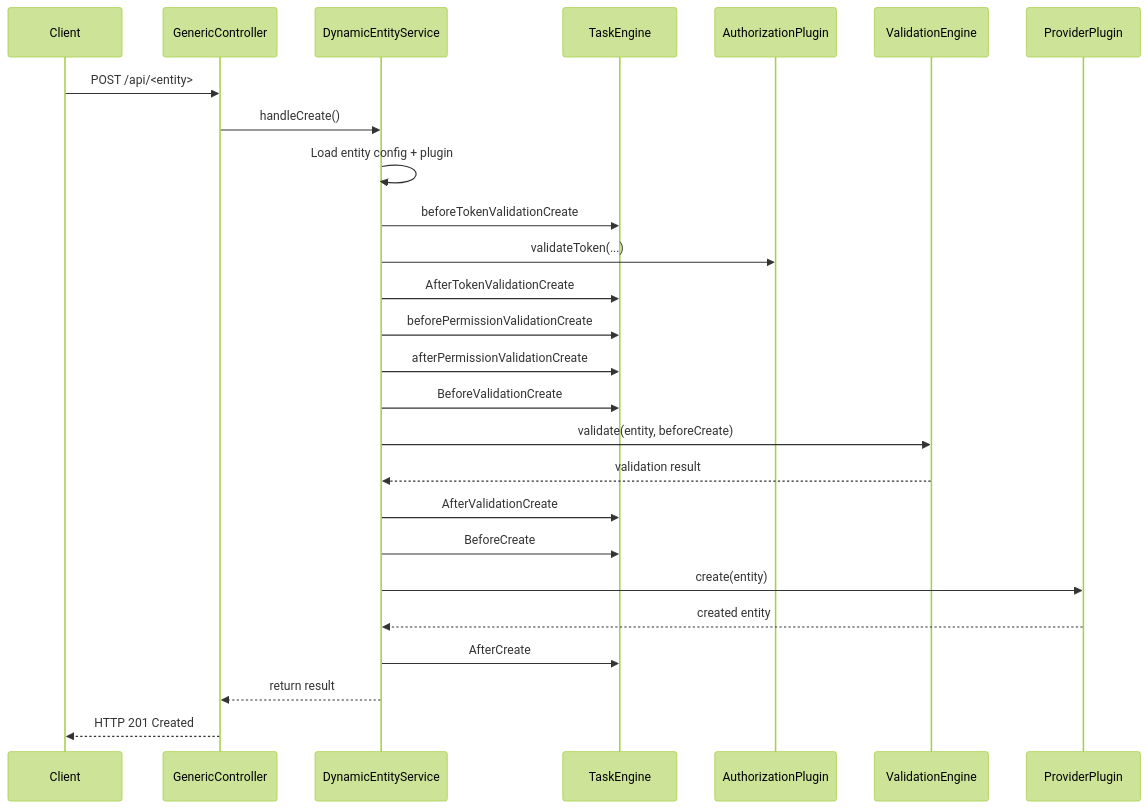
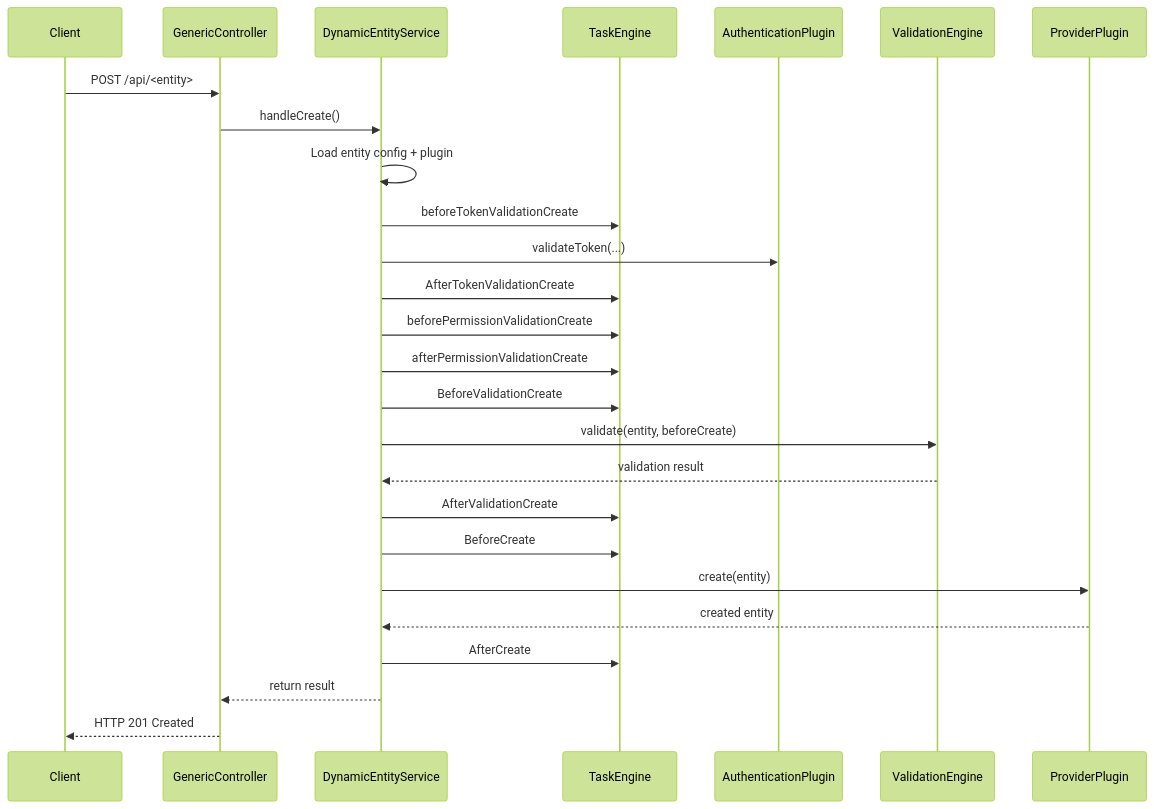
The diagram in docs/lifecycle-example.mmd (linagora/linid-im-api-corelib), drawn with Mermaid (forest theme) before and after one commit. The commit also changed 20 other files, not shown here.

First line of the commit message:
refactor: rename AuthorizationPlugin to AuthenticationPlugin

```diff
--- a/docs/lifecycle-example.mmd
+++ b/docs/lifecycle-example.mmd
@@ -1,26 +1,26 @@
 sequenceDiagram
     participant Client
     participant GenericController
     participant DynamicEntityService
     participant TaskEngine
-    participant AuthorizationPlugin
+    participant AuthenticationPlugin
     participant ValidationEngine
     participant ProviderPlugin
     Client ->> GenericController: POST /api/<entity>
     GenericController ->> DynamicEntityService: handleCreate()
     DynamicEntityService ->> DynamicEntityService: Load entity config + plugin
     DynamicEntityService ->> TaskEngine: beforeTokenValidationCreate
-    DynamicEntityService ->> AuthorizationPlugin: validateToken(...)
+    DynamicEntityService ->> AuthenticationPlugin: validateToken(...)
     DynamicEntityService ->> TaskEngine: AfterTokenValidationCreate
     DynamicEntityService ->> TaskEngine: beforePermissionValidationCreate
     DynamicEntityService ->> TaskEngine: afterPermissionValidationCreate
     DynamicEntityService ->> TaskEngine: BeforeValidationCreate
     DynamicEntityService ->> ValidationEngine: validate(entity, beforeCreate)
     ValidationEngine -->> DynamicEntityService: validation result
     DynamicEntityService ->> TaskEngine: AfterValidationCreate
     DynamicEntityService ->> TaskEngine: BeforeCreate
     DynamicEntityService ->> ProviderPlugin: create(entity)
     ProviderPlugin -->> DynamicEntityService: created entity
     DynamicEntityService ->> TaskEngine: AfterCreate
     DynamicEntityService -->> GenericController: return result
     GenericController -->> Client: HTTP 201 Created
```
